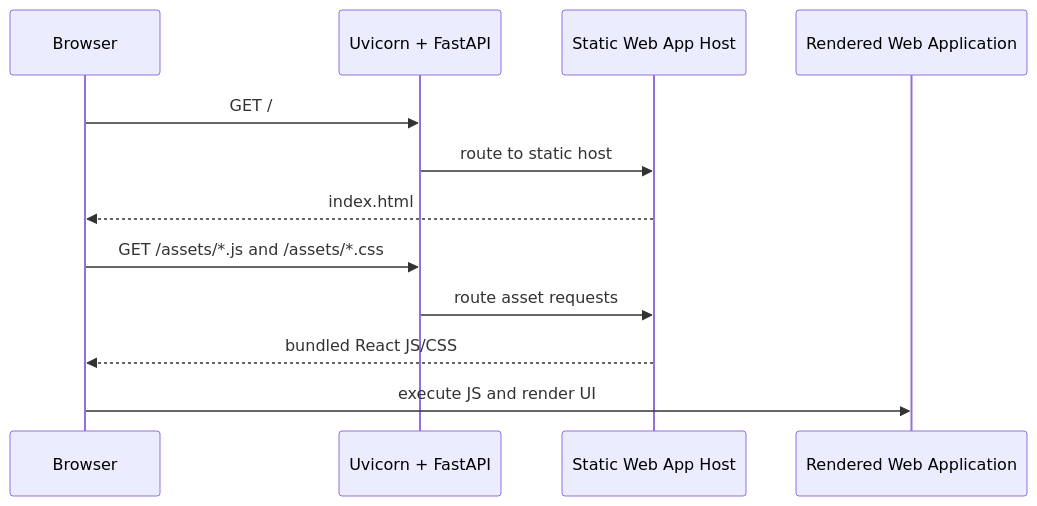
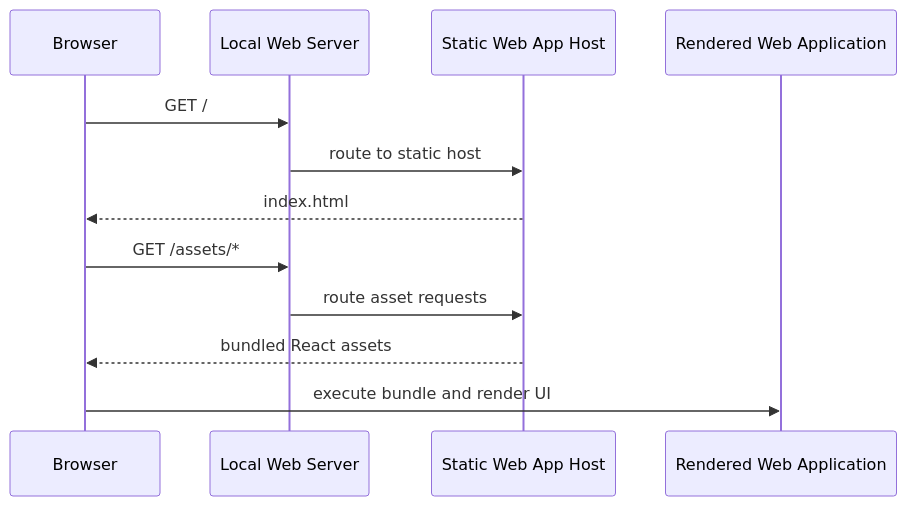
One commit to ebber/MBAi460-Group1 changed the third of 5 diagrams in visualizations/Target-State-project01-part03-photoapp-architecture-v1.md. Above: the diagram before and after it, drawn with Mermaid. The commit also changed other lines of this file and 8 other files, not shown here.

````diff
--- a/visualizations/Target-State-project01-part03-photoapp-architecture-v1.md
+++ b/visualizations/Target-State-project01-part03-photoapp-architecture-v1.md
@@ -227,15 +236,15 @@
 ```mermaid
 sequenceDiagram
   participant Browser
-  participant FastAPI as Uvicorn + FastAPI
+  participant Server as Local Web Server
   participant StaticHost as Static Web App Host
   participant WebApp as Rendered Web Application
 
-  Browser->>FastAPI: GET /
-  FastAPI->>StaticHost: route to static host
+  Browser->>Server: GET /
+  Server->>StaticHost: route to static host
   StaticHost-->>Browser: index.html
-  Browser->>FastAPI: GET /assets/*.js and /assets/*.css
-  FastAPI->>StaticHost: route asset requests
-  StaticHost-->>Browser: bundled React JS/CSS
-  Browser->>WebApp: execute JS and render UI
+  Browser->>Server: GET /assets/*
+  Server->>StaticHost: route asset requests
+  StaticHost-->>Browser: bundled React assets
+  Browser->>WebApp: execute bundle and render UI
 ```
````
